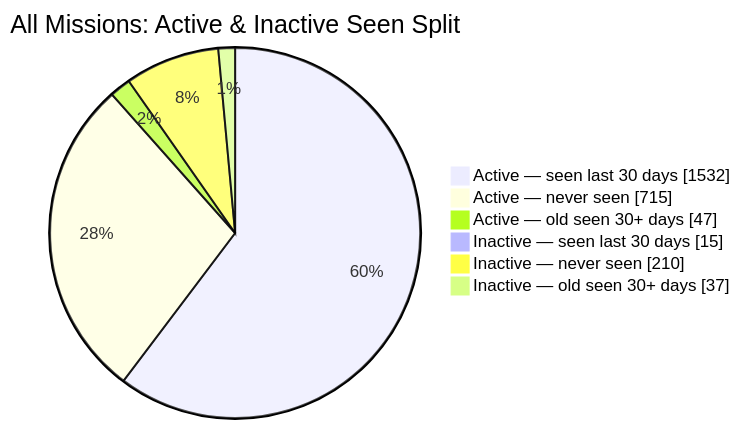
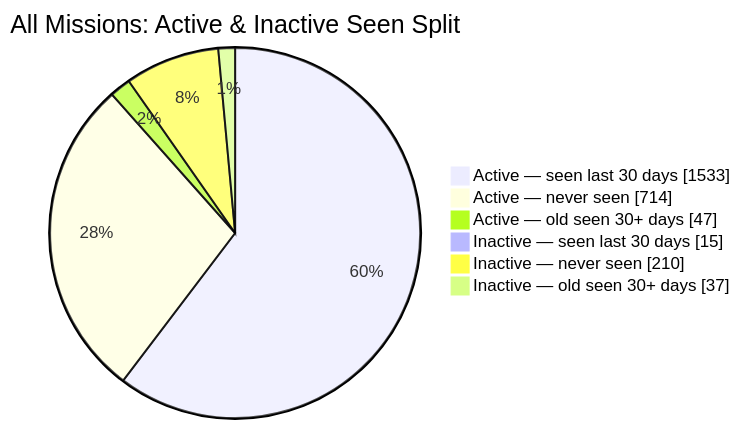
Before and after one commit to MeldkamerspelGameTeam/active-missions: the second of 2 diagrams in README.md, drawn with Mermaid. The commit also changed other lines of this file and 2 other files, not shown here.

````diff
--- a/README.md
+++ b/README.md
@@ -44,10 +44,10 @@
 ```mermaid
 pie showData
     title All Missions: Active & Inactive Seen Split
-    "Active — seen last 30 days" : 1532
-    "Active — never seen" : 715
+    "Active — seen last 30 days" : 1533
+    "Active — never seen" : 714
     "Active — old seen 30+ days" : 47
     "Inactive — seen last 30 days" : 15
     "Inactive — never seen" : 210
     "Inactive — old seen 30+ days" : 37
 ```
````
